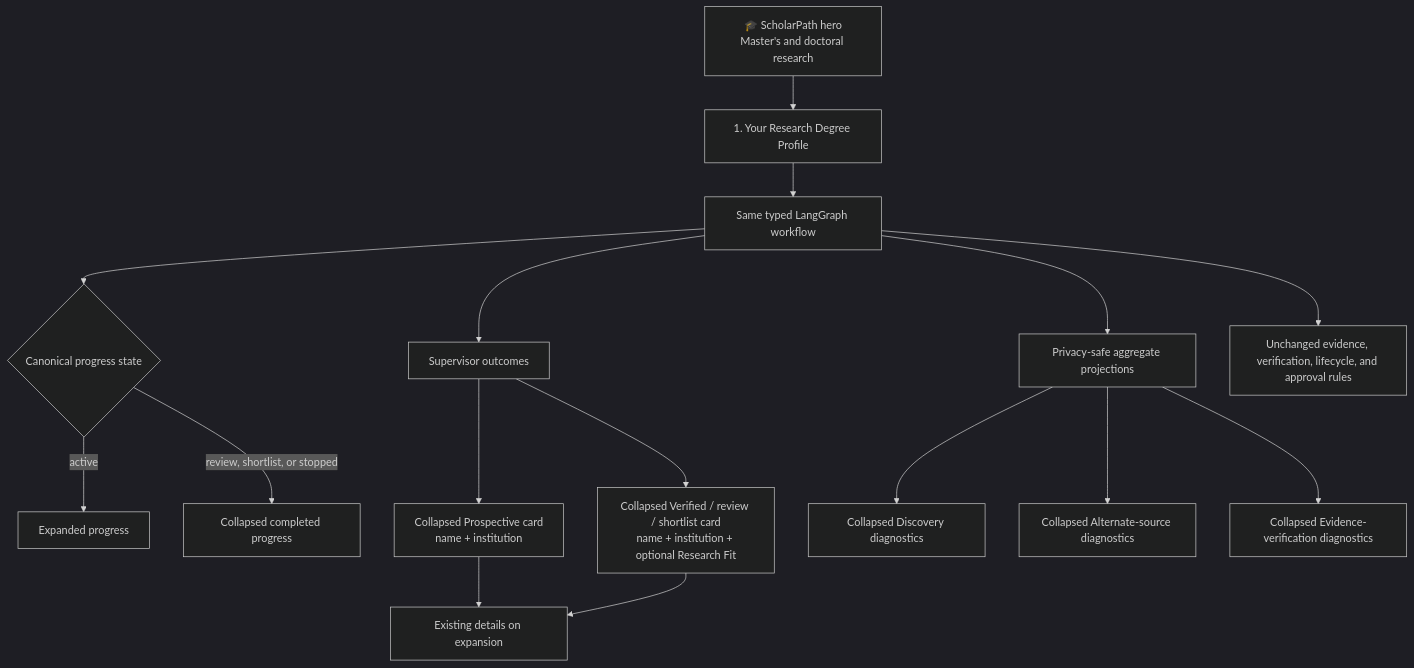
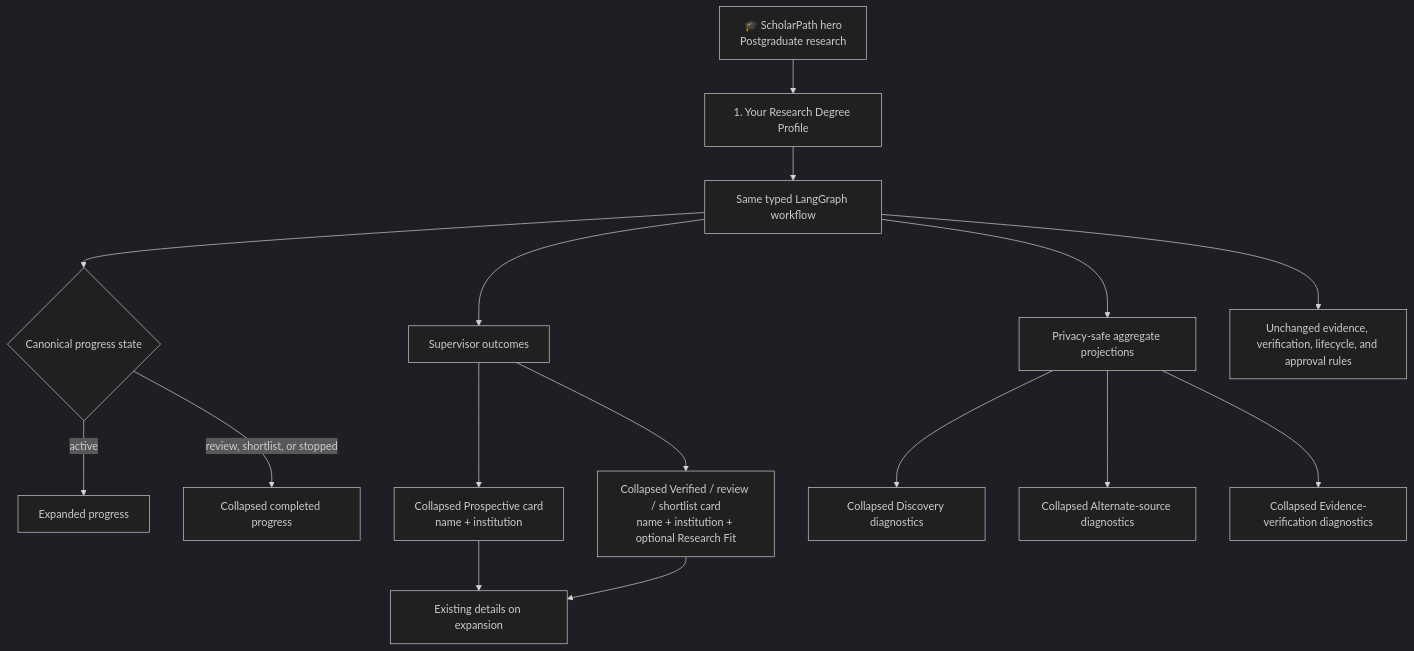
Before and after one commit to shanly-rajan/ai-builder: diagram 26 of 30 in projects/scholar-path/docs/architecture.md, drawn with Mermaid (dark theme). The commit also changed other lines of this file and 24 other files, not shown here.

````diff
--- a/projects/scholar-path/docs/architecture.md
+++ b/projects/scholar-path/docs/architecture.md
@@ -1204,21 +1205,21 @@
 ```mermaid
 flowchart TB
-    HERO[🎓 ScholarPath hero<br/>Master's and doctoral research] --> PROFILE[1. Your Research Degree Profile]
+    HERO[🎓 ScholarPath hero<br/>Postgraduate research] --> PROFILE[1. Your Research Degree Profile]
     PROFILE --> RUN[Same typed LangGraph workflow]
     RUN --> PROGRESS{Canonical progress state}
     PROGRESS -->|active| OPEN[Expanded progress]
     PROGRESS -->|review, shortlist, or stopped| CLOSED[Collapsed completed progress]
 
     RUN --> OUTCOMES[Supervisor outcomes]
     OUTCOMES --> PEXP[Collapsed Prospective card<br/>name + institution]
     OUTCOMES --> VEXP[Collapsed Verified / review / shortlist card<br/>name + institution + optional Research Fit]
     PEXP --> DETAILS[Existing details on expansion]
     VEXP --> DETAILS
 
     RUN --> DIAGNOSTICS[Privacy-safe aggregate projections]
     DIAGNOSTICS --> DD[Collapsed Discovery diagnostics]
     DIAGNOSTICS --> AD[Collapsed Alternate-source diagnostics]
     DIAGNOSTICS --> ED[Collapsed Evidence-verification diagnostics]
 
     RUN --> RULES[Unchanged evidence, verification, lifecycle, and approval rules]
 ```
````
